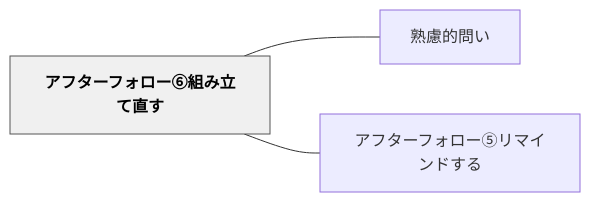
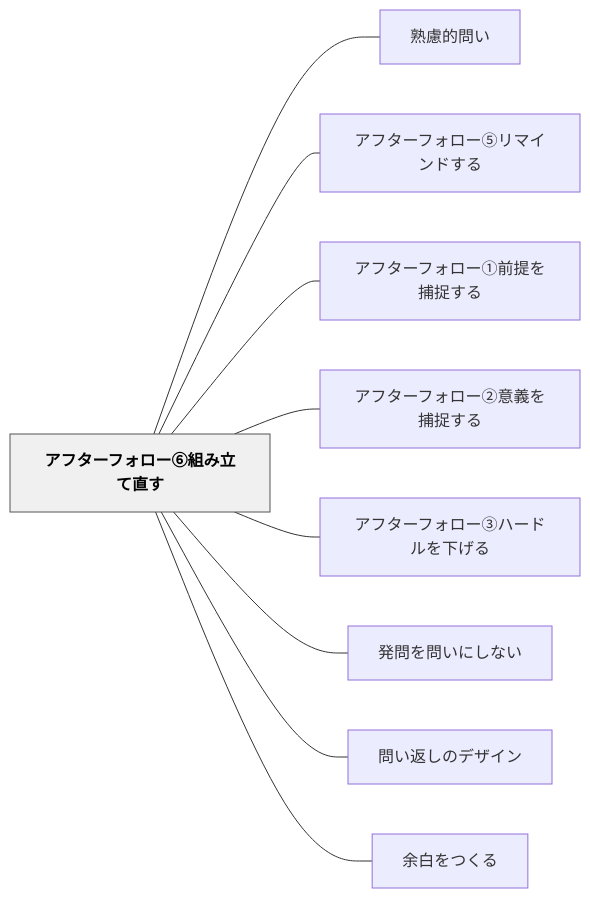
One commit to unknownthings-ed-patterns/unknownthings-ed-patterns changed the diagram in content/パタン/アフターフォロー⑥組み立て直す.md. Above: the diagram before and after it, drawn with Mermaid. The commit also changed other lines of this file and 38 other files, not shown here.

````diff
--- a/content/パタン/アフターフォロー⑥組み立て直す.md
+++ b/content/パタン/アフターフォロー⑥組み立て直す.md
@@ -39,12 +46,24 @@
 ```mermaid
 flowchart LR
     ne382a2e38395e382bfe383bce38395e382a9e383ade383bce291a5e7b584e381bfe7ab8be381a6e79bb4e38199["アフターフォロー⑥組み立て直す"]
     ne7869fe685aee79a84e5958fe38184["熟慮的問い"]
     ne382a2e38395e382bfe383bce38395e382a9e383ade383bce291a4e383aae3839ee382a4e383b3e38389e38199e3828b["アフターフォロー⑤リマインドする"]
+    ne382a2e38395e382bfe383bce38395e382a9e383ade383bce291a0e5898de68f90e38292e68d95e68d89e38199e3828b["アフターフォロー①前提を捕捉する"]
+    ne382a2e38395e382bfe383bce38395e382a9e383ade383bce291a1e6848fe7bea9e38292e68d95e68d89e38199e3828b["アフターフォロー②意義を捕捉する"]
+    ne382a2e38395e382bfe383bce38395e382a9e383ade383bce291a2e3838fe383bce38389e383abe38292e4b88be38192e3828b["アフターフォロー③ハードルを下げる"]
+    ne799bae5958fe38292e5958fe38184e381abe38197e381aae38184["発問を問いにしない"]
+    ne5958fe38184e8bf94e38197e381aee38387e382b6e382a4e383b3["問い返しのデザイン"]
+    ne4bd99e799bde38292e381a4e3818fe3828b["余白をつくる"]
 
     ne382a2e38395e382bfe383bce38395e382a9e383ade383bce291a5e7b584e381bfe7ab8be381a6e79bb4e38199 --- ne7869fe685aee79a84e5958fe38184
     ne382a2e38395e382bfe383bce38395e382a9e383ade383bce291a5e7b584e381bfe7ab8be381a6e79bb4e38199 --- ne382a2e38395e382bfe383bce38395e382a9e383ade383bce291a4e383aae3839ee382a4e383b3e38389e38199e3828b
+    ne382a2e38395e382bfe383bce38395e382a9e383ade383bce291a5e7b584e381bfe7ab8be381a6e79bb4e38199 --- ne382a2e38395e382bfe383bce38395e382a9e383ade383bce291a0e5898de68f90e38292e68d95e68d89e38199e3828b
+    ne382a2e38395e382bfe383bce38395e382a9e383ade383bce291a5e7b584e381bfe7ab8be381a6e79bb4e38199 --- ne382a2e38395e382bfe383bce38395e382a9e383ade383bce291a1e6848fe7bea9e38292e68d95e68d89e38199e3828b
+    ne382a2e38395e382bfe383bce38395e382a9e383ade383bce291a5e7b584e381bfe7ab8be381a6e79bb4e38199 --- ne382a2e38395e382bfe383bce38395e382a9e383ade383bce291a2e3838fe383bce38389e383abe38292e4b88be38192e3828b
+    ne382a2e38395e382bfe383bce38395e382a9e383ade383bce291a5e7b584e381bfe7ab8be381a6e79bb4e38199 --- ne799bae5958fe38292e5958fe38184e381abe38197e381aae38184
+    ne382a2e38395e382bfe383bce38395e382a9e383ade383bce291a5e7b584e381bfe7ab8be381a6e79bb4e38199 --- ne5958fe38184e8bf94e38197e381aee38387e382b6e382a4e383b3
+    ne382a2e38395e382bfe383bce38395e382a9e383ade383bce291a5e7b584e381bfe7ab8be381a6e79bb4e38199 --- ne4bd99e799bde38292e381a4e3818fe3828b
 
     classDef hub fill:#f0f0f0,stroke:#555,color:#000,font-weight:bold
     class ne382a2e38395e382bfe383bce38395e382a9e383ade383bce291a5e7b584e381bfe7ab8be381a6e79bb4e38199 hub
 ```
````
